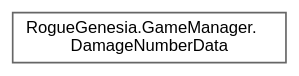
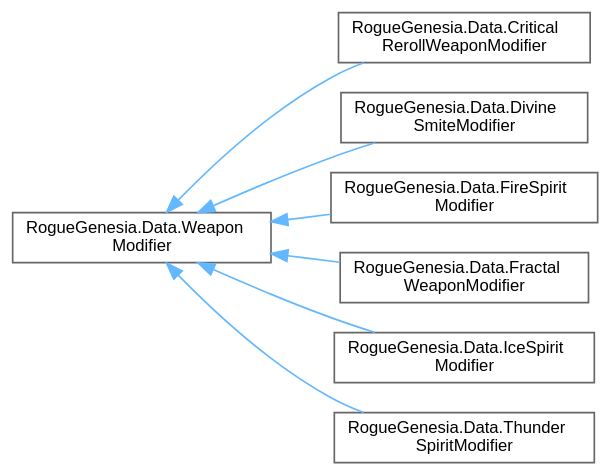
The diagram in inherit_graph_153.dot (PlexusDuMenton/RogueGenesiaModAPI), drawn with Graphviz before and after one commit. The commit also changed 2814 other files, not shown here.

```diff
--- a/inherit_graph_153.dot
+++ b/inherit_graph_153.dot
@@ -1,9 +1,21 @@
 digraph "Graphical Class Hierarchy"
 {
  // LATEX_PDF_SIZE
   bgcolor="transparent";
   edge [fontname=Helvetica,fontsize=10,labelfontname=Helvetica,labelfontsize=10];
   node [fontname=Helvetica,fontsize=10,shape=box,height=0.2,width=0.4];
   rankdir="LR";
-  Node0 [label="RogueGenesia.GameManager.\lDamageNumberData",height=0.2,width=0.4,color="grey40", fillcolor="white", style="filled",URL="$struct_rogue_genesia_1_1_game_manager_1_1_damage_number_data.html",tooltip=" "];
+  Node0 [label="RogueGenesia.Data.Weapon\lModifier",height=0.2,width=0.4,color="grey40", fillcolor="white", style="filled",URL="$class_rogue_genesia_1_1_data_1_1_weapon_modifier.html",tooltip=" "];
+  Node0 -> Node1 [dir="back",color="steelblue1",style="solid"];
+  Node1 [label="RogueGenesia.Data.Critical\lRerollWeaponModifier",height=0.2,width=0.4,color="grey40", fillcolor="white", style="filled",URL="$class_rogue_genesia_1_1_data_1_1_critical_reroll_weapon_modifier.html",tooltip=" "];
+  Node0 -> Node2 [dir="back",color="steelblue1",style="solid"];
+  Node2 [label="RogueGenesia.Data.Divine\lSmiteModifier",height=0.2,width=0.4,color="grey40", fillcolor="white", style="filled",URL="$class_rogue_genesia_1_1_data_1_1_divine_smite_modifier.html",tooltip=" "];
+  Node0 -> Node3 [dir="back",color="steelblue1",style="solid"];
+  Node3 [label="RogueGenesia.Data.FireSpirit\lModifier",height=0.2,width=0.4,color="grey40", fillcolor="white", style="filled",URL="$class_rogue_genesia_1_1_data_1_1_fire_spirit_modifier.html",tooltip=" "];
+  Node0 -> Node4 [dir="back",color="steelblue1",style="solid"];
+  Node4 [label="RogueGenesia.Data.Fractal\lWeaponModifier",height=0.2,width=0.4,color="grey40", fillcolor="white", style="filled",URL="$class_rogue_genesia_1_1_data_1_1_fractal_weapon_modifier.html",tooltip=" "];
+  Node0 -> Node5 [dir="back",color="steelblue1",style="solid"];
+  Node5 [label="RogueGenesia.Data.IceSpirit\lModifier",height=0.2,width=0.4,color="grey40", fillcolor="white", style="filled",URL="$class_rogue_genesia_1_1_data_1_1_ice_spirit_modifier.html",tooltip=" "];
+  Node0 -> Node6 [dir="back",color="steelblue1",style="solid"];
+  Node6 [label="RogueGenesia.Data.Thunder\lSpiritModifier",height=0.2,width=0.4,color="grey40", fillcolor="white", style="filled",URL="$class_rogue_genesia_1_1_data_1_1_thunder_spirit_modifier.html",tooltip=" "];
 }
```
